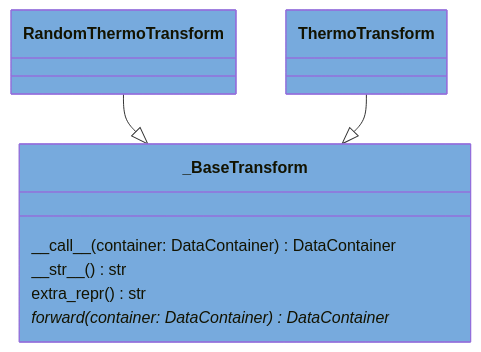
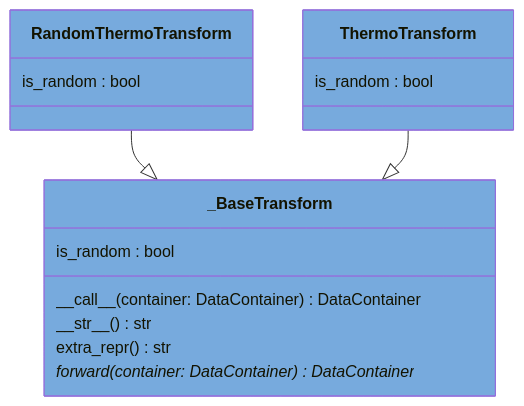
The diagram in docs/pyreverse/mermaid/classes_Transform_Hierarchy.mmd (voidsy-gmbh/pyThermoNDT), drawn with Mermaid before and after one commit. The commit also changed 15 other files, not shown here.

Commit message:
Update mermaid diagrams (#224)

```diff
--- a/docs/pyreverse/mermaid/classes_Transform_Hierarchy.mmd
+++ b/docs/pyreverse/mermaid/classes_Transform_Hierarchy.mmd
@@ -1,16 +1,19 @@
 classDiagram
   class RandomThermoTransform {
+    is_random : bool
   }
   style RandomThermoTransform fill:#77AADD
   class ThermoTransform {
+    is_random : bool
   }
   style ThermoTransform fill:#77AADD
   class _BaseTransform {
+    is_random : bool
     \_\_call\_\_(container: DataContainer) DataContainer
     \_\_str\_\_() str
     extra_repr() str
     forward(container: DataContainer)* DataContainer
   }
   style _BaseTransform fill:#77AADD
   RandomThermoTransform --|> _BaseTransform
   ThermoTransform --|> _BaseTransform
```
